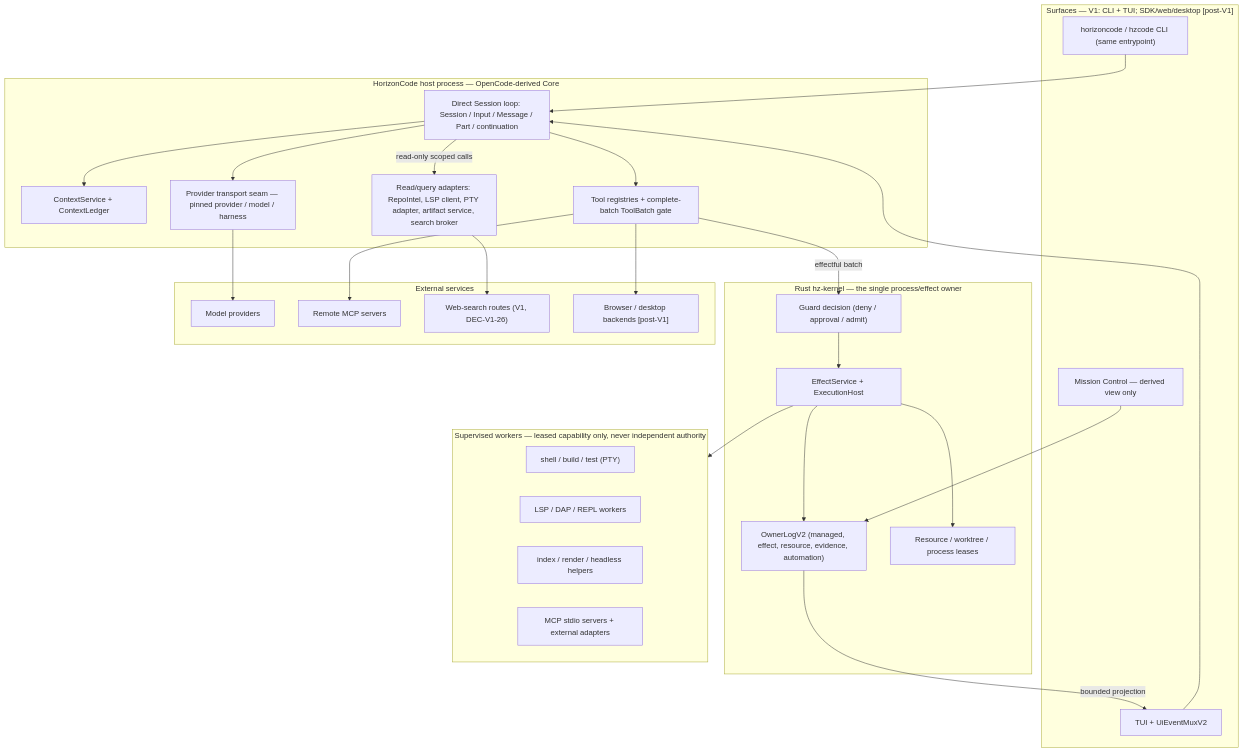
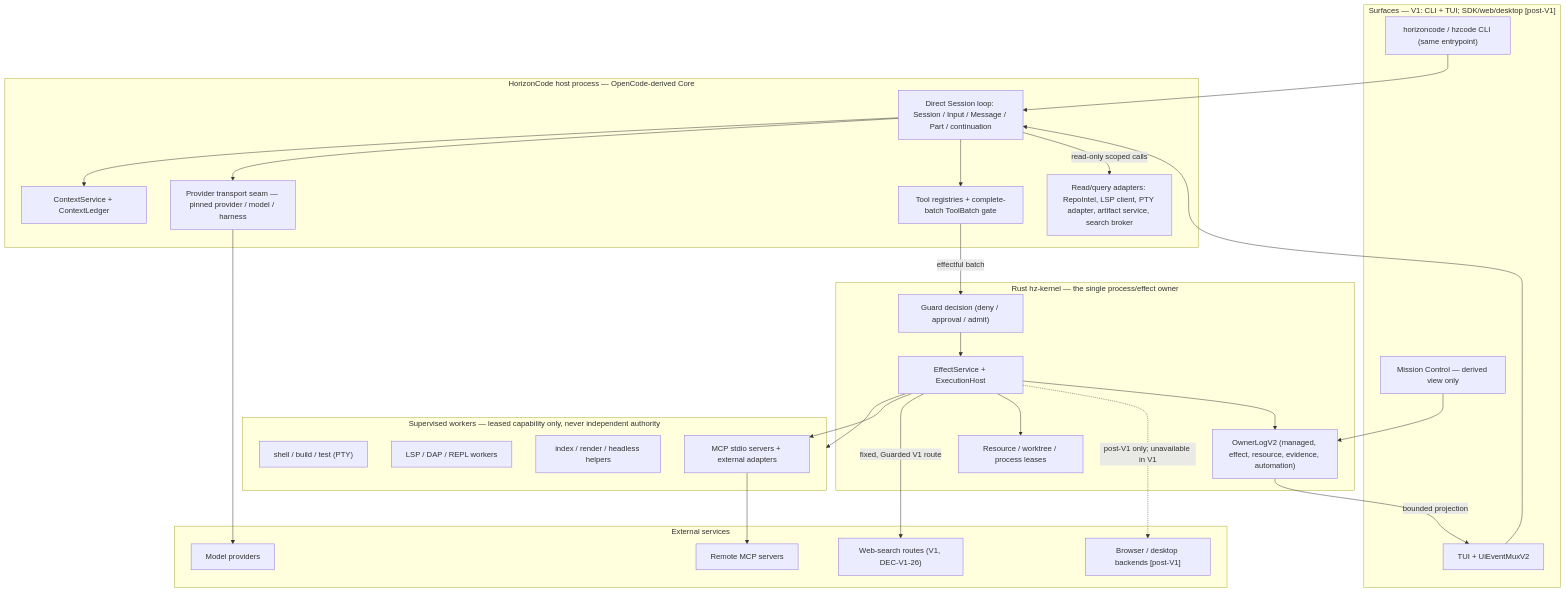
Before and after one commit to sarv-projects/horizoncode: the first of 27 diagrams in arch_V1/45-V1-EVENT-FLOWS-ATLAS.md, drawn with Mermaid. The commit also changed other lines of this file and 447 other files, not shown here.

First line of the commit message:
V1 architecture package, wire tracker, and product README cleanup.

````diff
--- a/arch_V1/45-V1-EVENT-FLOWS-ATLAS.md
+++ b/arch_V1/45-V1-EVENT-FLOWS-ATLAS.md
@@ -43,50 +47,51 @@
 ```mermaid
 flowchart TD
     subgraph S["Surfaces — V1: CLI + TUI; SDK/web/desktop [post-V1]"]
         CLI["horizoncode / hzcode CLI (same entrypoint)"]
         TUI["TUI + UiEventMuxV2"]
         MC["Mission Control — derived view only"]
     end
     subgraph HOST["HorizonCode host process — OpenCode-derived Core"]
         CORE["Direct Session loop: Session / Input / Message / Part / continuation"]
         CTX["ContextService + ContextLedger"]
         TODO["Tool registries + complete-batch ToolBatch gate"]
         PROV["Provider transport seam — pinned provider / model / harness"]
         ADAPT["Read/query adapters: RepoIntel, LSP client, PTY adapter, artifact service, search broker"]
     end
     subgraph KERNEL["Rust hz-kernel — the single process/effect owner"]
         GUARD["Guard decision (deny / approval / admit)"]
         EH["EffectService + ExecutionHost"]
         OLOG["OwnerLogV2 (managed, effect, resource, evidence, automation)"]
         RES["Resource / worktree / process leases"]
     end
     subgraph WORKERS["Supervised workers — leased capability only, never independent authority"]
         SHELL["shell / build / test (PTY)"]
         LANG["LSP / DAP / REPL workers"]
         HELP["index / render / headless helpers"]
         MCPSRV["MCP stdio servers + external adapters"]
     end
     subgraph EXT["External services"]
         MODEL["Model providers"]
         MCPR["Remote MCP servers"]
         SEARCH["Web-search routes (V1, DEC-V1-26)"]
         BRD["Browser / desktop backends [post-V1]"]
     end
     CLI --> CORE
     TUI --> CORE
     MC --> OLOG
     CORE --> CTX
     CORE --> TODO
     CORE --> PROV
     PROV --> MODEL
     TODO -->|"effectful batch"| GUARD
     GUARD --> EH
     EH --> OLOG
     EH --> WORKERS
+    EH --> MCPSRV
+    MCPSRV --> MCPR
     EH --> RES
     CORE -->|"read-only scoped calls"| ADAPT
-    ADAPT --> SEARCH
-    TODO --> MCPR
-    TODO --> BRD
+    EH -->|"fixed, Guarded V1 route"| SEARCH
+    EH -.->|"post-V1 only; unavailable in V1"| BRD
     OLOG -->|"bounded projection"| TUI
 ```
````
